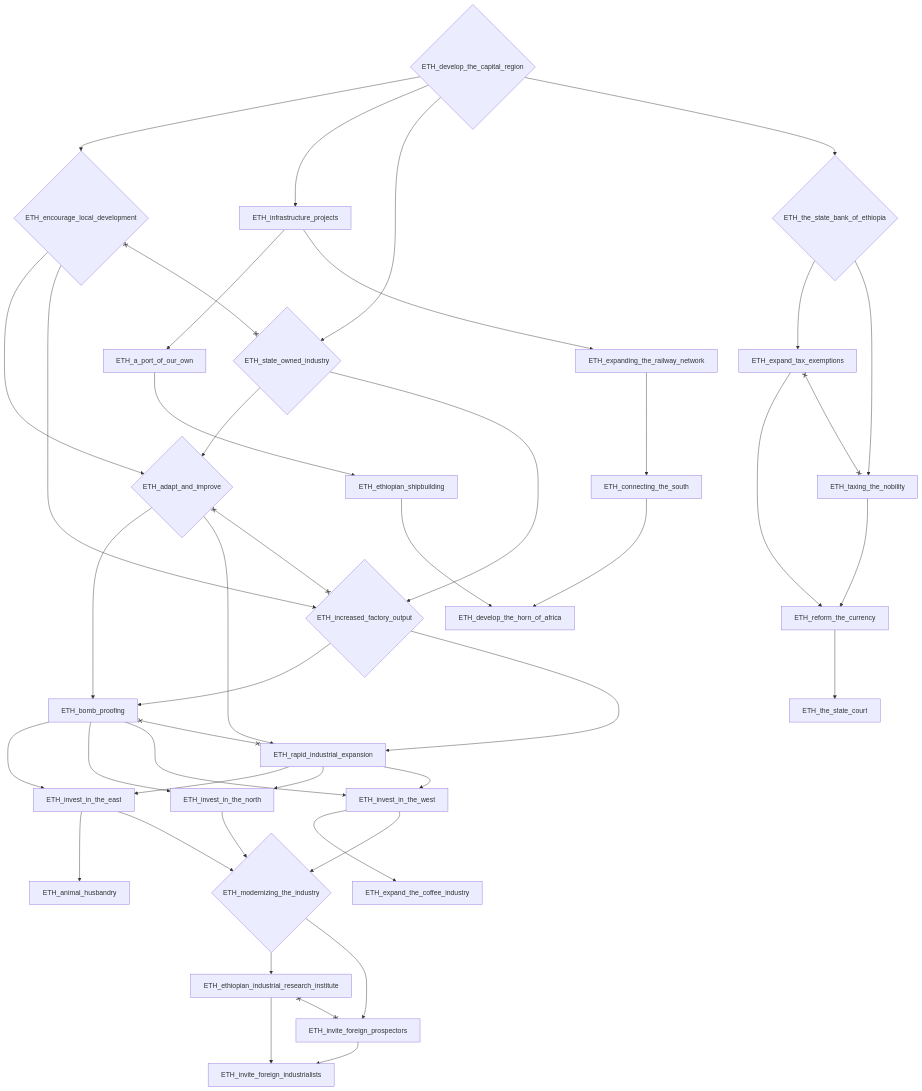
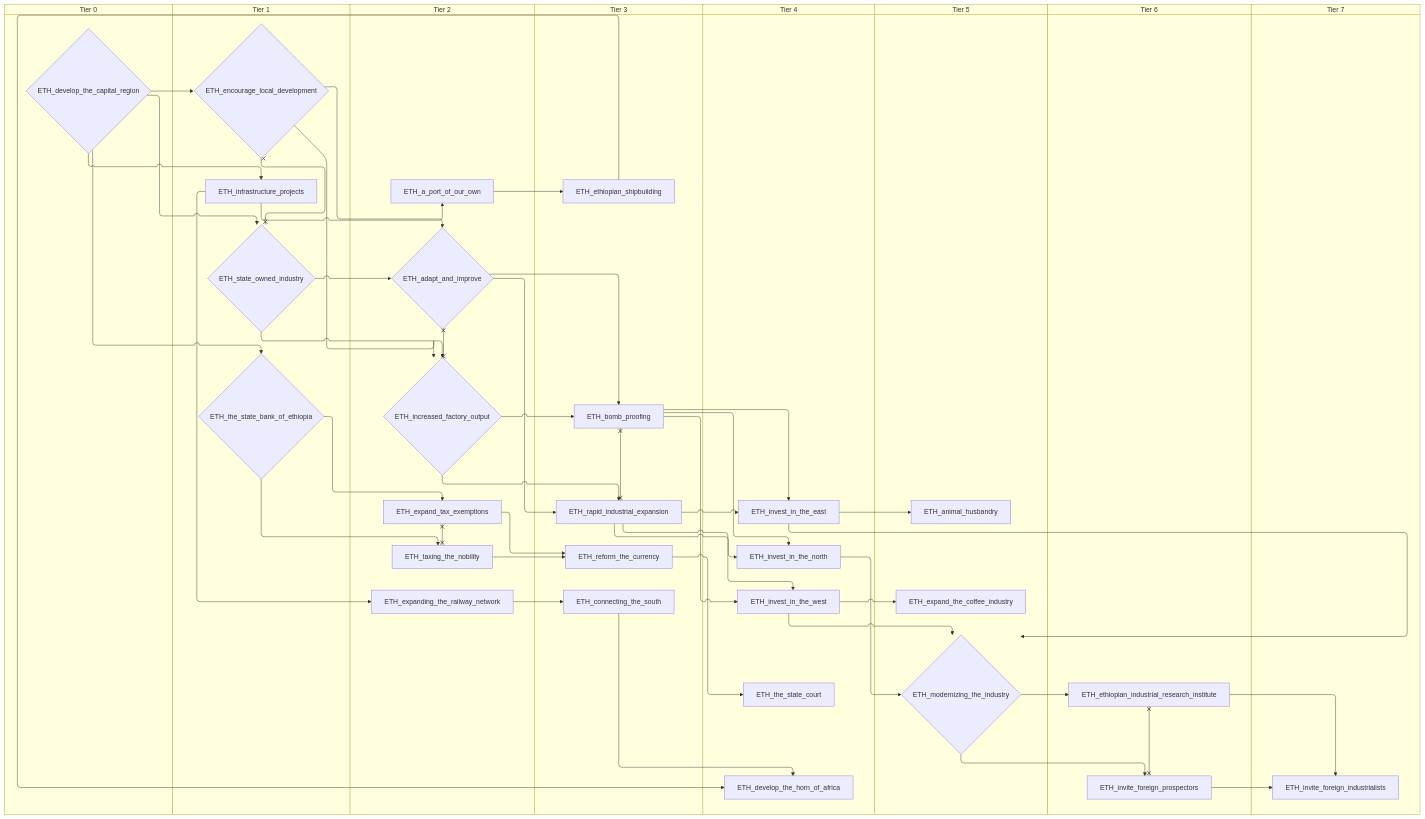
Before and after one commit to evgeny-sobol/hoi4-sandbox-mode-r56: the first of 6 diagrams in docs/gdd/National Focuses/ethiopia.md, drawn with Mermaid. The commit also changed other lines of this file and 423 other files, not shown here.

First line of the commit message:
Re-export Rt56 focus trees as swimlane diagrams

````diff
--- a/docs/gdd/National Focuses/ethiopia.md
+++ b/docs/gdd/National Focuses/ethiopia.md
@@ -3,73 +3,89 @@
 ```mermaid
-flowchart TD
-    n1["ETH_a_port_of_our_own"]
-    n2{"ETH_adapt_and_improve"}
-    n3["ETH_animal_husbandry"]
-    n4["ETH_bomb_proofing"]
-    n5["ETH_connecting_the_south"]
-    n6{"ETH_develop_the_capital_region"}
-    n7["ETH_develop_the_horn_of_africa"]
-    n8{"ETH_encourage_local_development"}
-    n9["ETH_ethiopian_industrial_research_institute"]
-    n10["ETH_ethiopian_shipbuilding"]
-    n11["ETH_expand_tax_exemptions"]
-    n12["ETH_expand_the_coffee_industry"]
-    n13["ETH_expanding_the_railway_network"]
-    n14{"ETH_increased_factory_output"}
-    n15["ETH_infrastructure_projects"]
-    n16["ETH_invest_in_the_east"]
-    n17["ETH_invest_in_the_north"]
-    n18["ETH_invest_in_the_west"]
-    n19["ETH_invite_foreign_industrialists"]
-    n20["ETH_invite_foreign_prospectors"]
-    n21{"ETH_modernizing_the_industry"}
-    n22["ETH_rapid_industrial_expansion"]
-    n23["ETH_reform_the_currency"]
-    n24{"ETH_state_owned_industry"}
-    n25["ETH_taxing_the_nobility"]
-    n26{"ETH_the_state_bank_of_ethiopia"}
-    n27["ETH_the_state_court"]
-    n15 --> n1
-    n8 --> n2
-    n24 --> n2
-    n16 --> n3
-    n14 --> n4
-    n2 --> n4
-    n13 --> n5
-    n10 --> n7
-    n5 --> n7
-    n6 --> n8
-    n21 --> n9
-    n1 --> n10
-    n26 --> n11
-    n18 --> n12
-    n15 --> n13
-    n24 --> n14
-    n8 --> n14
-    n6 --> n15
-    n4 --> n16
-    n22 --> n16
-    n4 --> n17
-    n22 --> n17
-    n4 --> n18
-    n22 --> n18
-    n9 --> n19
-    n20 --> n19
-    n21 --> n20
-    n18 --> n21
+swimlane-beta TD
+    subgraph tier_0["Tier 0"]
+        n1{"ETH_develop_the_capital_region"}
+    end
+    subgraph tier_1["Tier 1"]
+        n2{"ETH_encourage_local_development"}
+        n3["ETH_infrastructure_projects"]
+        n4{"ETH_state_owned_industry"}
+        n5{"ETH_the_state_bank_of_ethiopia"}
+    end
+    subgraph tier_2["Tier 2"]
+        n6["ETH_a_port_of_our_own"]
+        n7{"ETH_adapt_and_improve"}
+        n8["ETH_expand_tax_exemptions"]
+        n9["ETH_expanding_the_railway_network"]
+        n10{"ETH_increased_factory_output"}
+        n11["ETH_taxing_the_nobility"]
+    end
+    subgraph tier_3["Tier 3"]
+        n12["ETH_bomb_proofing"]
+        n13["ETH_connecting_the_south"]
+        n14["ETH_ethiopian_shipbuilding"]
+        n15["ETH_rapid_industrial_expansion"]
+        n16["ETH_reform_the_currency"]
+    end
+    subgraph tier_4["Tier 4"]
+        n17["ETH_develop_the_horn_of_africa"]
+        n18["ETH_invest_in_the_east"]
+        n19["ETH_invest_in_the_north"]
+        n20["ETH_invest_in_the_west"]
+        n21["ETH_the_state_court"]
+    end
+    subgraph tier_5["Tier 5"]
+        n22["ETH_animal_husbandry"]
+        n23["ETH_expand_the_coffee_industry"]
+        n24{"ETH_modernizing_the_industry"}
+    end
+    subgraph tier_6["Tier 6"]
+        n25["ETH_ethiopian_industrial_research_institute"]
+        n26["ETH_invite_foreign_prospectors"]
+    end
+    subgraph tier_7["Tier 7"]
+        n27["ETH_invite_foreign_industrialists"]
+    end
+    n3 --> n6
+    n2 --> n7
+    n4 --> n7
+    n18 --> n22
+    n10 --> n12
+    n7 --> n12
+    n9 --> n13
+    n14 --> n17
+    n13 --> n17
+    n1 --> n2
+    n24 --> n25
+    n6 --> n14
+    n5 --> n8
+    n20 --> n23
+    n3 --> n9
+    n4 --> n10
+    n2 --> n10
+    n1 --> n3
+    n12 --> n18
+    n15 --> n18
+    n12 --> n19
+    n15 --> n19
+    n12 --> n20
+    n15 --> n20
+    n25 --> n27
+    n26 --> n27
+    n24 --> n26
+    n20 --> n24
+    n18 --> n24
+    n19 --> n24
+    n7 --> n15
+    n10 --> n15
+    n11 --> n16
+    n8 --> n16
+    n1 --> n4
+    n5 --> n11
+    n1 --> n5
     n16 --> n21
-    n17 --> n21
-    n2 --> n22
-    n14 --> n22
-    n25 --> n23
-    n11 --> n23
-    n6 --> n24
-    n26 --> n25
-    n6 --> n26
-    n23 --> n27
-    n2 x--x n14
-    n4 x--x n22
-    n8 x--x n24
-    n9 x--x n20
-    n11 x--x n25
+    n7 x--x n10
+    n12 x--x n15
+    n2 x--x n4
+    n25 x--x n26
+    n8 x--x n11
 ```
````
